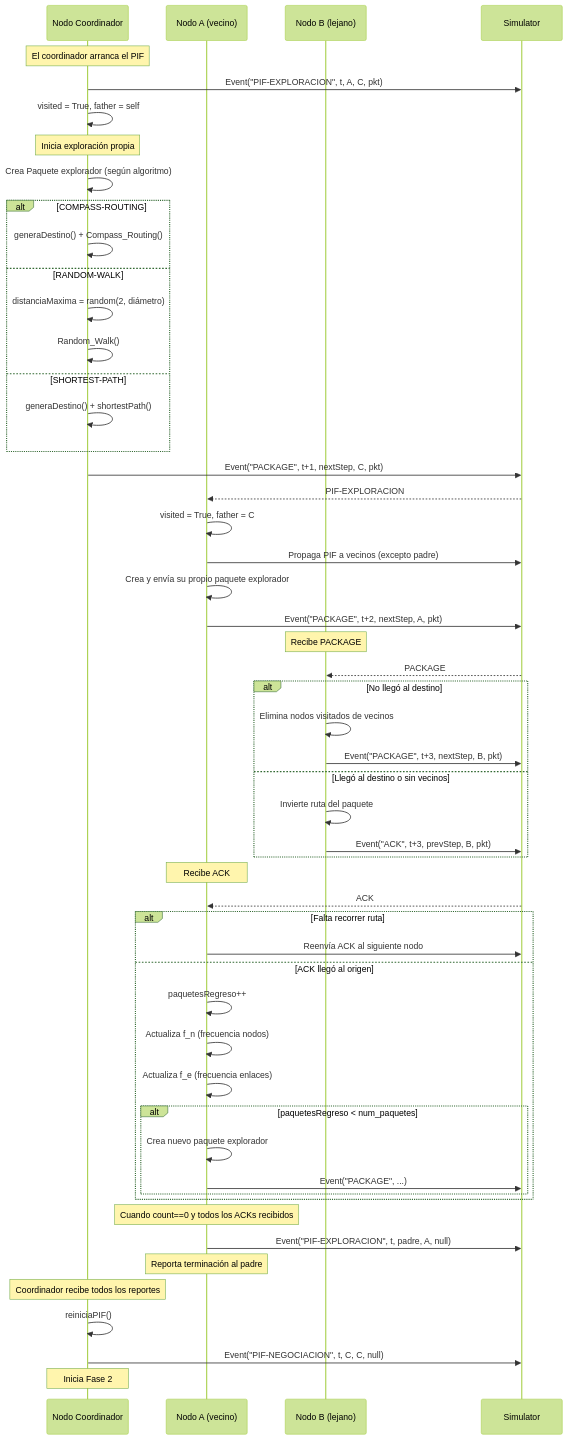
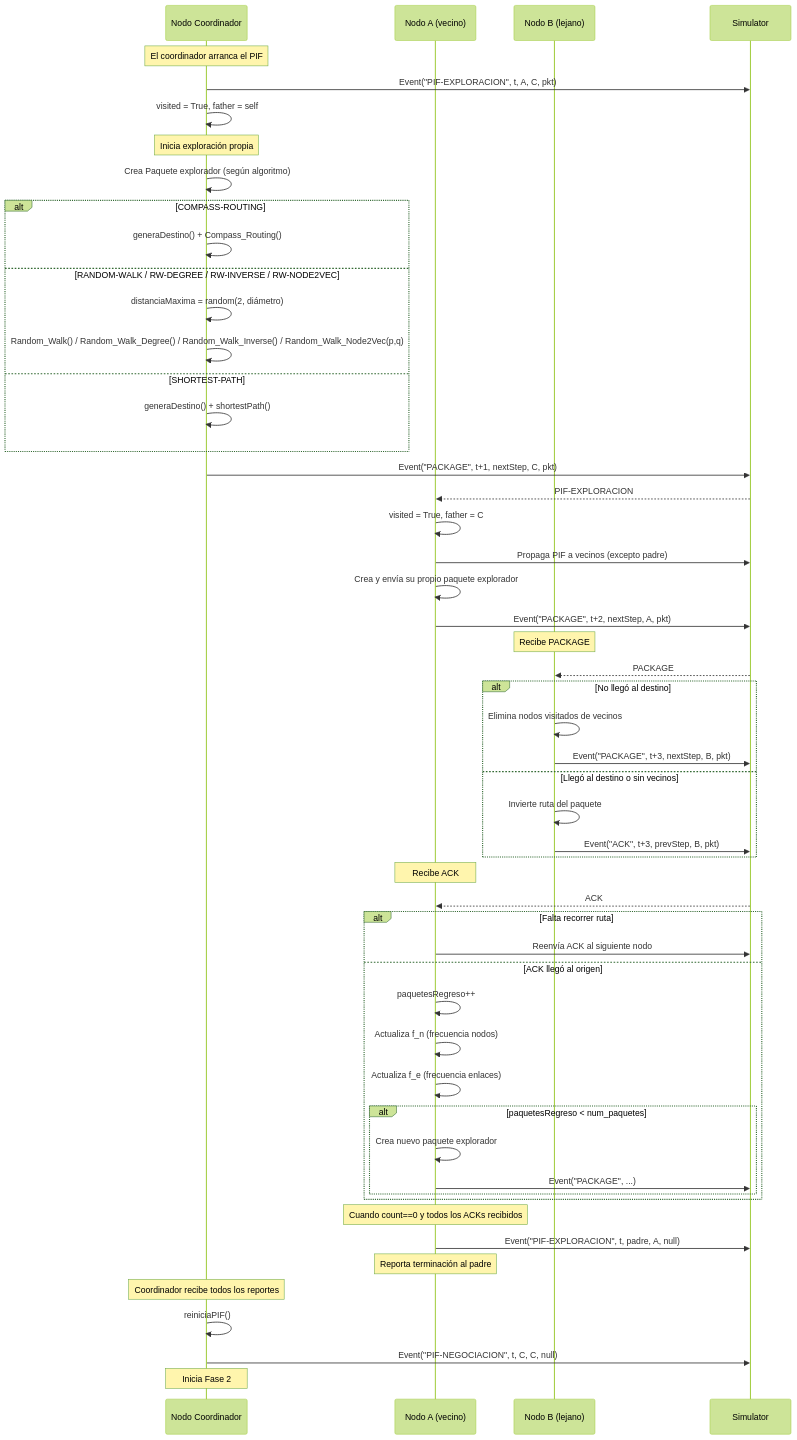
One commit to netscience/rewiring changed the third of 6 diagrams in README.md. Above: the diagram before and after it, drawn with Mermaid (forest theme). The commit also changed other lines of this file and 1 other file, not shown here.

````diff
--- a/README.md
+++ b/README.md
@@ -361,67 +403,67 @@
 ```mermaid
 sequenceDiagram
     participant C as Nodo Coordinador
     participant A as Nodo A (vecino)
     participant B as Nodo B (lejano)
     participant Eng as Simulator
 
     Note over C: El coordinador arranca el PIF
     C->>Eng: Event("PIF-EXPLORACION", t, A, C, pkt)
     C->>C: visited = True, father = self
 
     Note over C: Inicia exploración propia
     C->>C: Crea Paquete explorador (según algoritmo)
     
     alt COMPASS-ROUTING
         C->>C: generaDestino() + Compass_Routing()
-    else RANDOM-WALK
+    else RANDOM-WALK / RW-DEGREE / RW-INVERSE / RW-NODE2VEC
         C->>C: distanciaMaxima = random(2, diámetro)
-        C->>C: Random_Walk()
+        C->>C: Random_Walk() / Random_Walk_Degree() / Random_Walk_Inverse() / Random_Walk_Node2Vec(p,q)
     else SHORTEST-PATH
         C->>C: generaDestino() + shortestPath()
     end
     
     C->>Eng: Event("PACKAGE", t+1, nextStep, C, pkt)
 
     Eng-->>A: PIF-EXPLORACION
     A->>A: visited = True, father = C
     A->>Eng: Propaga PIF a vecinos (excepto padre)
     A->>A: Crea y envía su propio paquete explorador
     A->>Eng: Event("PACKAGE", t+2, nextStep, A, pkt)
 
     Note over B: Recibe PACKAGE
     Eng-->>B: PACKAGE
     
     alt No llegó al destino
         B->>B: Elimina nodos visitados de vecinos
         B->>Eng: Event("PACKAGE", t+3, nextStep, B, pkt)
     else Llegó al destino o sin vecinos
         B->>B: Invierte ruta del paquete
         B->>Eng: Event("ACK", t+3, prevStep, B, pkt)
     end
 
     Note over A: Recibe ACK
     Eng-->>A: ACK
     
     alt Falta recorrer ruta
         A->>Eng: Reenvía ACK al siguiente nodo
     else ACK llegó al origen
         A->>A: paquetesRegreso++
         A->>A: Actualiza f_n (frecuencia nodos)
         A->>A: Actualiza f_e (frecuencia enlaces)
         
         alt paquetesRegreso < num_paquetes
             A->>A: Crea nuevo paquete explorador
             A->>Eng: Event("PACKAGE", ...)
         end
     end
 
     Note over A: Cuando count==0 y todos los ACKs recibidos
     A->>Eng: Event("PIF-EXPLORACION", t, padre, A, null)
     Note over A: Reporta terminación al padre
 
     Note over C: Coordinador recibe todos los reportes
     C->>C: reiniciaPIF()
     C->>Eng: Event("PIF-NEGOCIACION", t, C, C, null)
     Note over C: Inicia Fase 2
 ```
````
